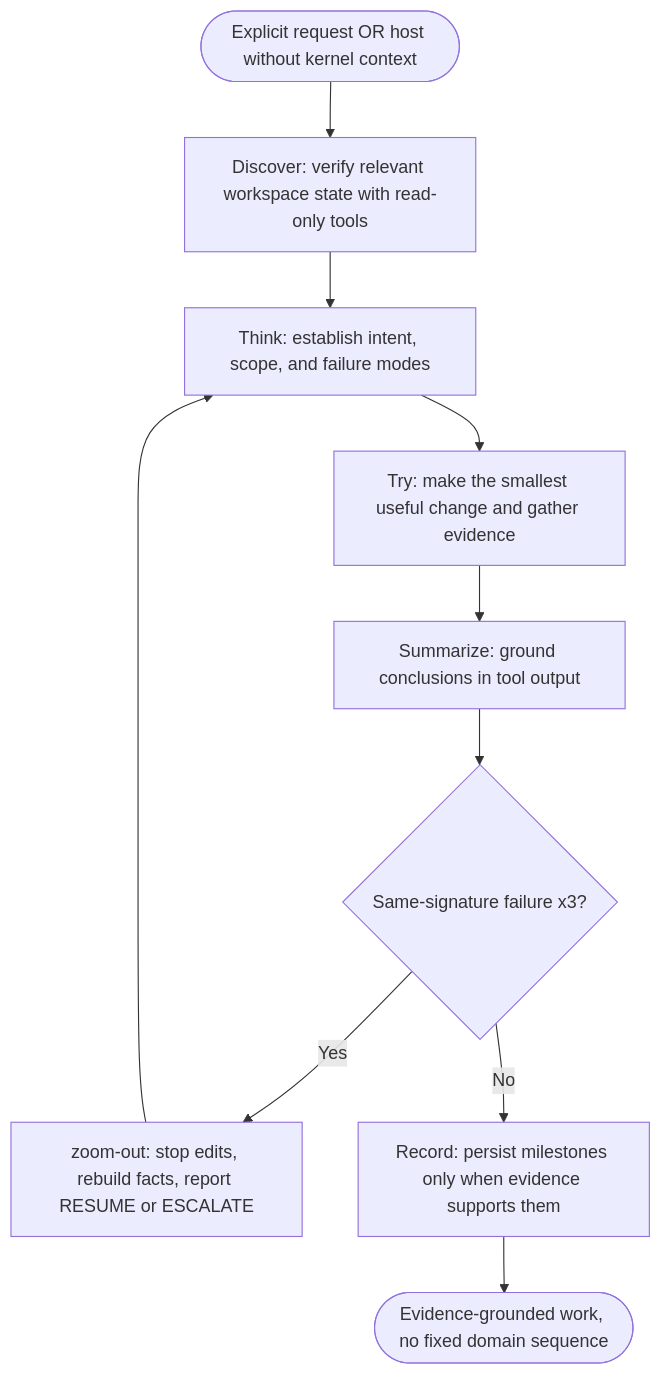
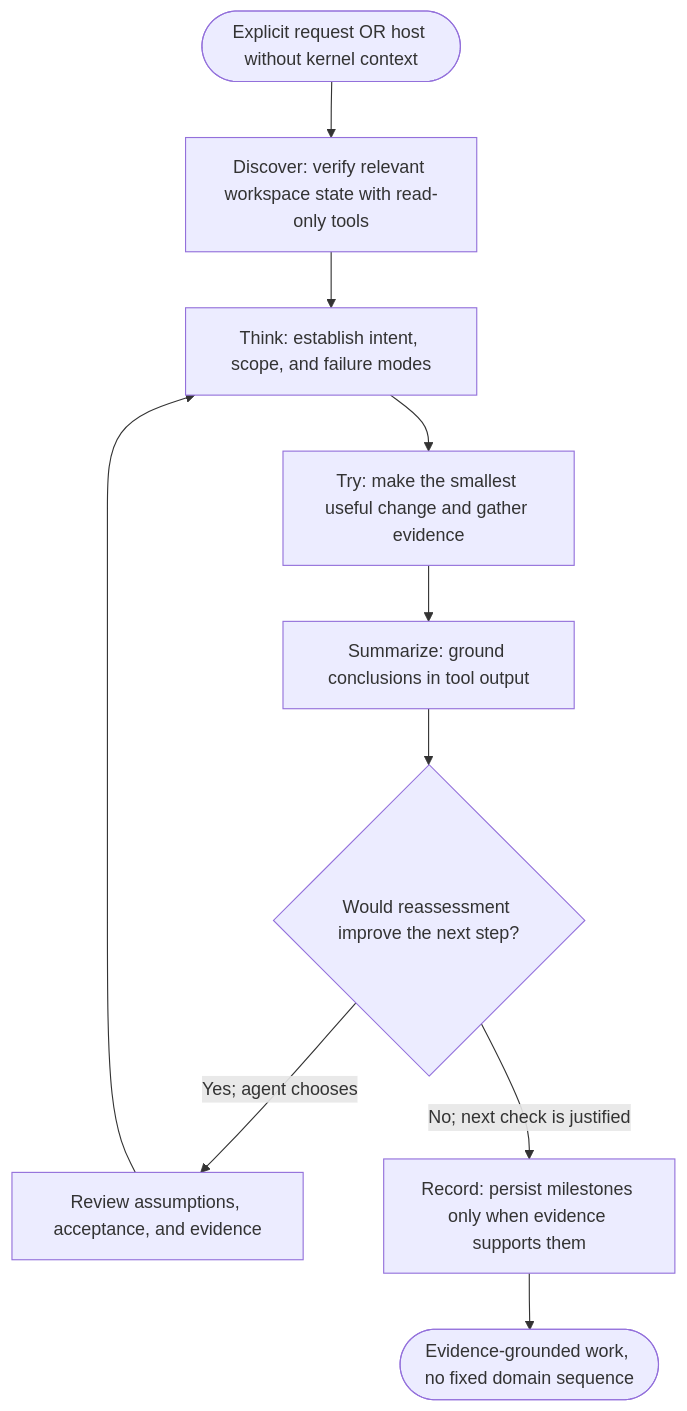
One commit to dyphn1/Harness-everything changed the first of 3 diagrams in docs/workflows/install-cognitive-os.md. Above: the diagram before and after it, drawn with Mermaid. The commit also changed other lines of this file and 17 other files, not shown here.

First line of the commit message:
docs(zoom-out): describe agent-initiated zoom-out in active docs

````diff
--- a/docs/workflows/install-cognitive-os.md
+++ b/docs/workflows/install-cognitive-os.md
@@ -13,12 +13,12 @@
 ```mermaid
 graph TD
   Start([Explicit request OR host without kernel context]) --> Discover["Discover: verify relevant workspace state with read-only tools"]
   Discover --> Think["Think: establish intent, scope, and failure modes"]
   Think --> Try["Try: make the smallest useful change and gather evidence"]
   Try --> Summarize["Summarize: ground conclusions in tool output"]
-  Summarize --> FailCheck{Same-signature failure x3?}
-  FailCheck -->|Yes| ZoomOut["zoom-out: stop edits, rebuild facts, report RESUME or ESCALATE"]
-  FailCheck -->|No| Record["Record: persist milestones only when evidence supports them"]
+  Summarize --> Reassess{Would reassessment improve the next step?}
+  Reassess -->|Yes; agent chooses| ZoomOut["Review assumptions, acceptance, and evidence"]
+  Reassess -->|No; next check is justified| Record["Record: persist milestones only when evidence supports them"]
   ZoomOut --> Think
   Record --> End([Evidence-grounded work, no fixed domain sequence])
 ```
````
